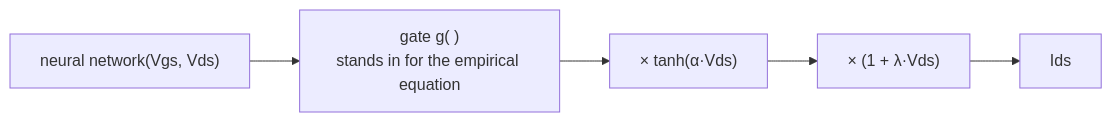
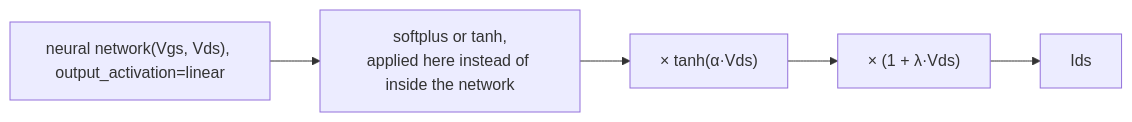
Before and after one commit to Angel-AD/transistor_modeling: the third of 5 diagrams in docs/MODEL_ARCHITECTURES.md, drawn with Mermaid. The commit also changed other lines of this file and 1 other file, not shown here.

First line of the commit message:
Correct: g is output_activation relocated, not a separate mechanism

````diff
--- a/docs/MODEL_ARCHITECTURES.md
+++ b/docs/MODEL_ARCHITECTURES.md
@@ -157,7 +169,7 @@
 ```mermaid
 flowchart LR
-    NN["neural network(Vgs, Vds)"] --> GATE["gate g( )<br/>stands in for the empirical equation"]
+    NN["neural network(Vgs, Vds), output_activation=linear"] --> GATE["softplus or tanh,<br/>applied here instead of inside the network"]
     GATE --> M1["× tanh(α·Vds)"]
     M1 --> M2["× (1 + λ·Vds)"]
     M2 --> OUT["Ids"]
 ```
````
